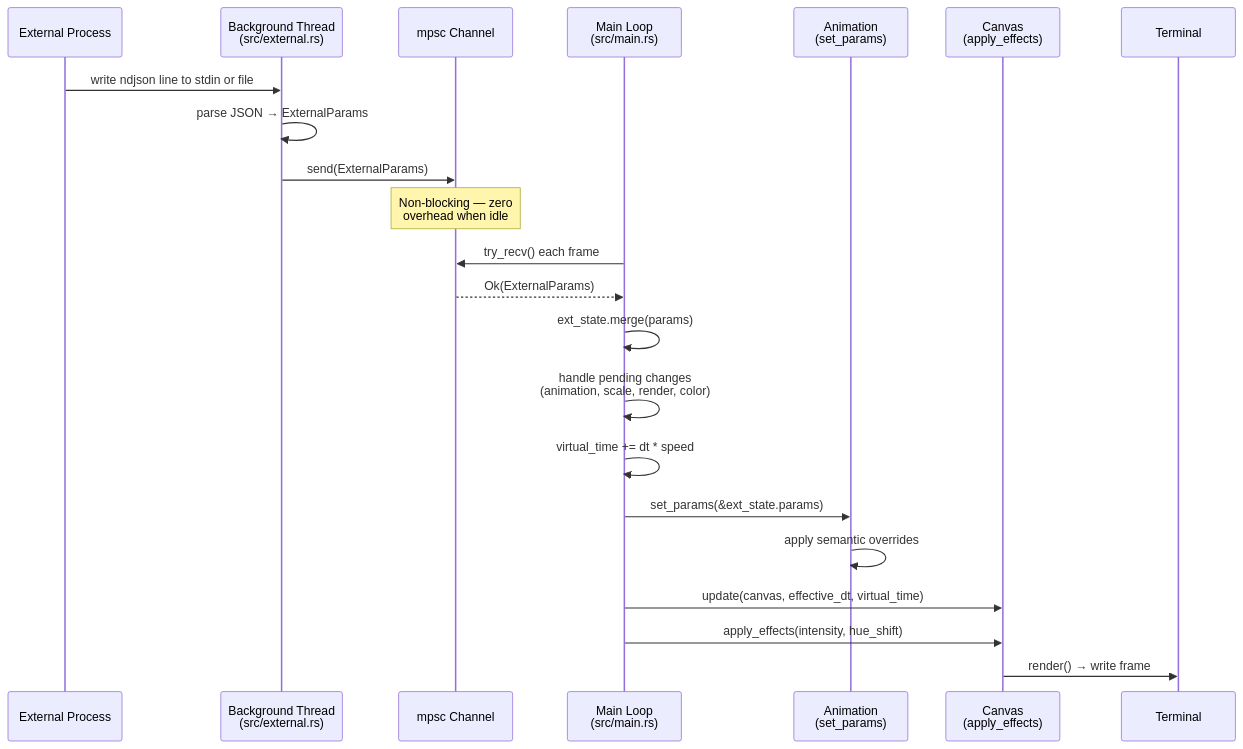
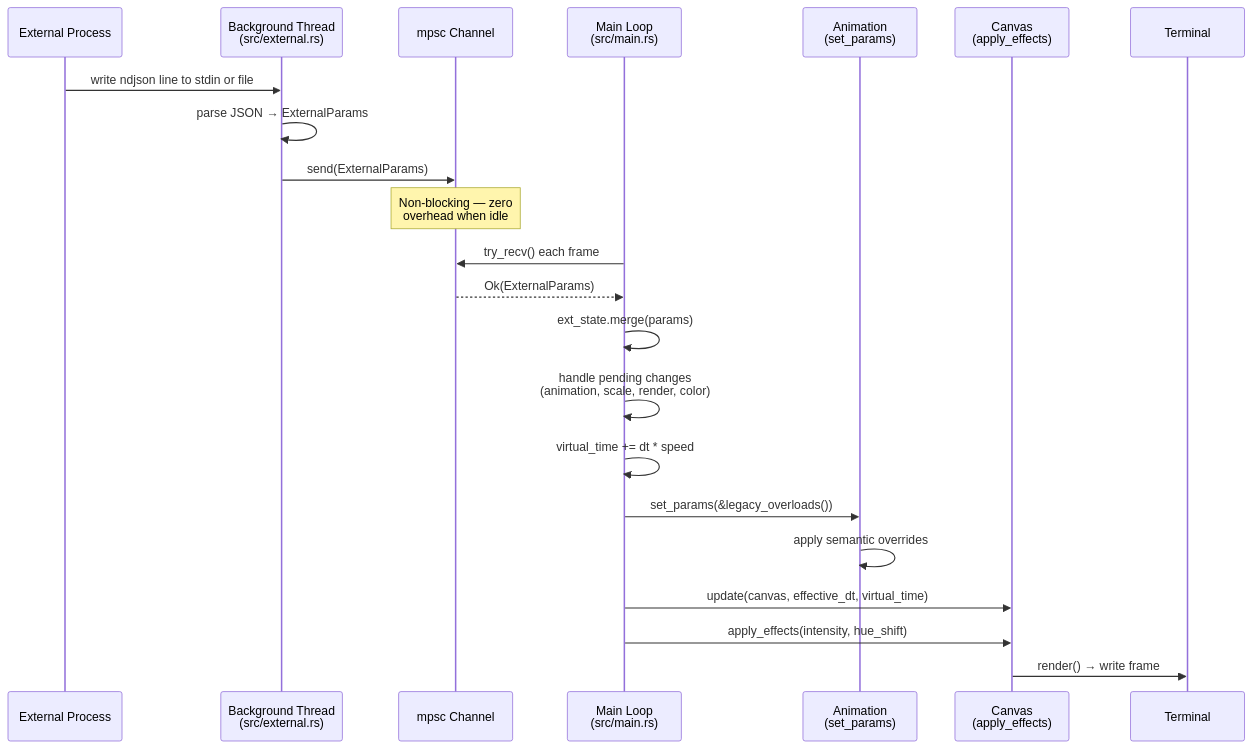
Before and after one commit to paulrobello/termflix: the second of 4 diagrams in docs/EXTERNAL_ANIMATION.md, drawn with Mermaid. The commit also changed other lines of this file, not shown here.

Commit message:
docs: sync EXTERNAL_ANIMATION.md — add s/d keyboard shortcuts, sequence diagram passes legacy_overloads()

````diff
--- a/docs/EXTERNAL_ANIMATION.md
+++ b/docs/EXTERNAL_ANIMATION.md
@@ -175,25 +175,25 @@
 ```mermaid
 sequenceDiagram
     participant Ext as External Process
     participant BG as Background Thread<br/>(src/external.rs)
     participant CH as mpsc Channel
     participant ML as Main Loop<br/>(src/main.rs)
     participant AN as Animation<br/>(set_params)
     participant CV as Canvas<br/>(apply_effects)
     participant TM as Terminal
 
     Ext->>BG: write ndjson line to stdin or file
     BG->>BG: parse JSON → ExternalParams
     BG->>CH: send(ExternalParams)
     Note over CH: Non-blocking — zero<br/>overhead when idle
     ML->>CH: try_recv() each frame
     CH-->>ML: Ok(ExternalParams)
     ML->>ML: ext_state.merge(params)
     ML->>ML: handle pending changes<br/>(animation, scale, render, color)
     ML->>ML: virtual_time += dt * speed
-    ML->>AN: set_params(&ext_state.params)
+    ML->>AN: set_params(&legacy_overloads())
     AN->>AN: apply semantic overrides
     ML->>CV: update(canvas, effective_dt, virtual_time)
     ML->>CV: apply_effects(intensity, hue_shift)
     CV->>TM: render() → write frame
 ```
````
